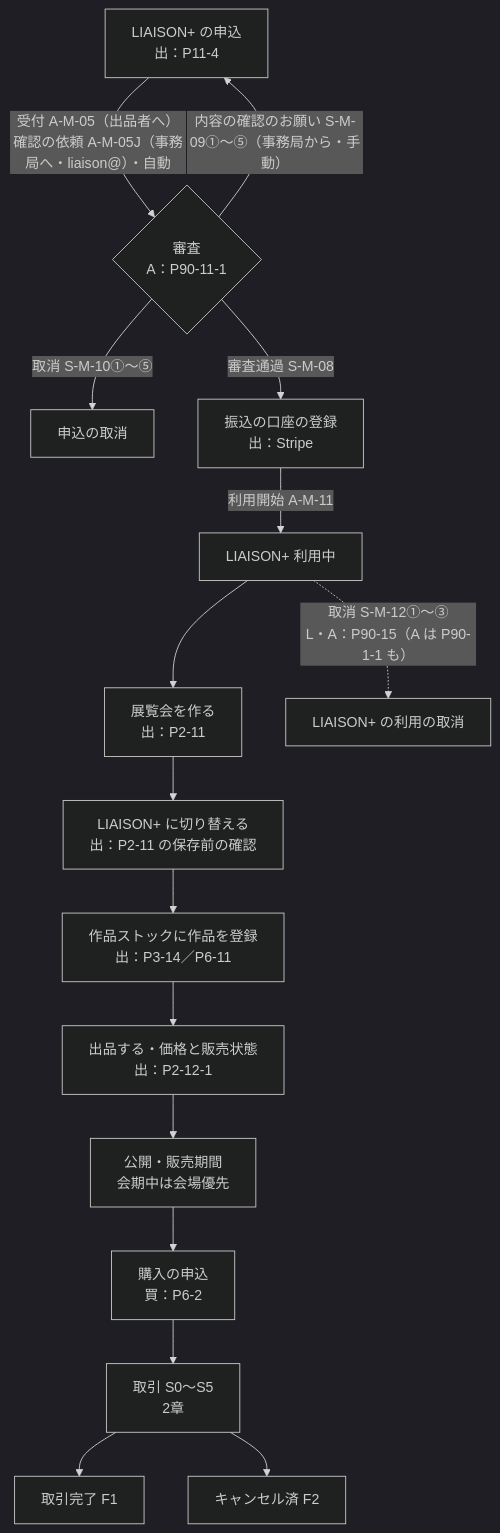
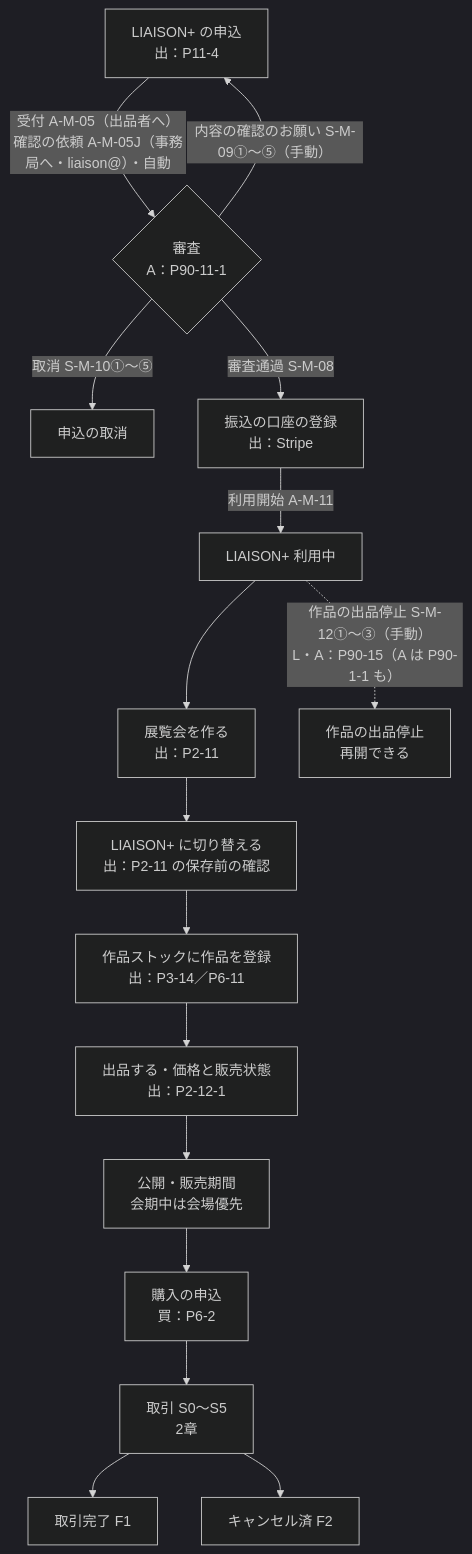
The first of 2 diagrams in docs/liaison-plus-flow.md (koten-baku/kotennavi-redesign), drawn with Mermaid (dark theme) before and after one commit. The commit also changed other lines of this file and 16 other files, not shown here.

````diff
--- a/docs/liaison-plus-flow.md
+++ b/docs/liaison-plus-flow.md
@@ -25,18 +25,18 @@
 ```mermaid
 flowchart TD
   A[LIAISON+ の申込<br>出：P11-4] -- 受付 A-M-05（出品者へ）<br>確認の依頼 A-M-05J（事務局へ・liaison@）・自動 --> B{審査<br>A：P90-11-1}
-  B -- 内容の確認のお願い S-M-09①〜⑤（事務局から・手動） --> A
+  B -- 内容の確認のお願い S-M-09①〜⑤（手動） --> A
   B -- 取消 S-M-10①〜⑤ --> X1[申込の取消]
   B -- 審査通過 S-M-08 --> C[振込の口座の登録<br>出：Stripe]
   C -- 利用開始 A-M-11 --> D[LIAISON+ 利用中]
   D --> E[展覧会を作る<br>出：P2-11]
   E --> F[LIAISON+ に切り替える<br>出：P2-11 の保存前の確認]
   F --> G[作品ストックに作品を登録<br>出：P3-14／P6-11]
   G --> H[出品する・価格と販売状態<br>出：P2-12-1]
   H --> I[公開・販売期間<br>会期中は会場優先]
   I --> J[購入の申込<br>買：P6-2]
   J --> K[取引 S0〜S5<br>2章]
   K --> L1[取引完了 F1]
   K --> L2[キャンセル済 F2]
-  D -. 取消 S-M-12①〜③<br>L・A：P90-15（A は P90-1-1 も） .-> X2[LIAISON+ の利用の取消]
+  D -. 作品の出品停止 S-M-12①〜③（手動）<br>L・A：P90-15（A は P90-1-1 も） .-> X2[作品の出品停止<br>再開できる]
 ```
````
